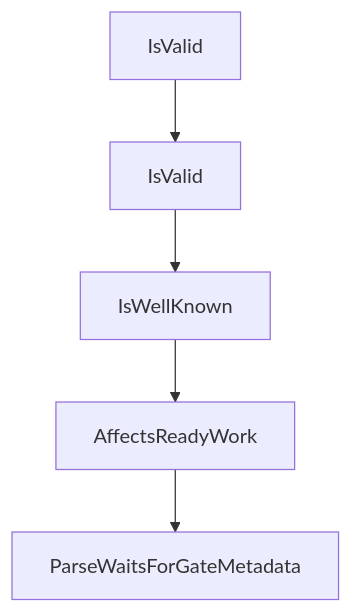
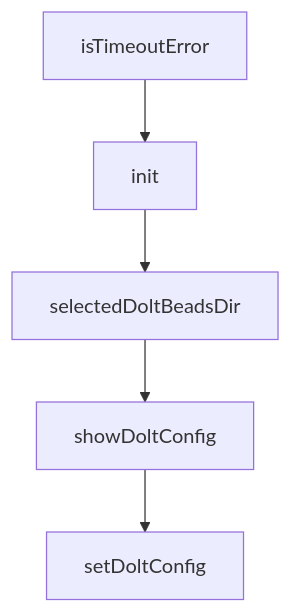
Before and after one commit to johnxie/awesome-code-docs: the diagram in tutorials/beads-tutorial/05-agent-integration-and-agents-md-patterns.md, drawn with Mermaid. The commit also changed other lines of this file and 1232 other files, not shown here.

````diff
--- a/tutorials/beads-tutorial/05-agent-integration-and-agents-md-patterns.md
+++ b/tutorials/beads-tutorial/05-agent-integration-and-agents-md-patterns.md
@@ -211,12 +209,12 @@
 ```mermaid
 flowchart TD
-    A[IsValid]
-    B[IsValid]
-    C[IsWellKnown]
-    D[AffectsReadyWork]
-    E[ParseWaitsForGateMetadata]
+    A[isTimeoutError]
+    B[init]
+    C[selectedDoltBeadsDir]
+    D[showDoltConfig]
+    E[setDoltConfig]
     A --> B
     B --> C
     C --> D
     D --> E
 ```
````
